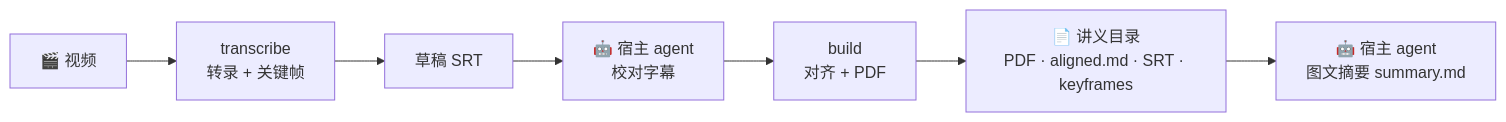
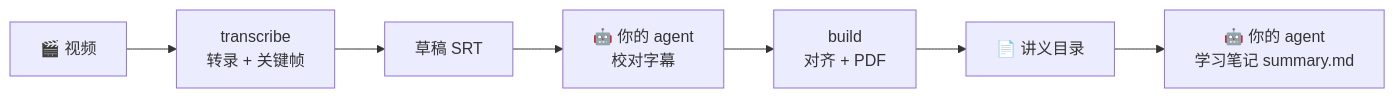
Before and after one commit to luolin1024/chalkpress-skill: the diagram in README.md, drawn with Mermaid. The commit also changed other lines of this file and 2 other files, not shown here.

Commit message:
docs: README 转向通用 agent + 考试人群定位——快速开始收敛为一句话给 agent；CLI 细节沉入 FAQ；推广文案同步简化

````diff
--- a/README.md
+++ b/README.md
@@ -98,9 +48,9 @@
 ```mermaid
 graph LR
     A[🎬 视频] --> T[transcribe<br>转录 + 关键帧]
     T --> D[草稿 SRT]
-    D --> P[🤖 宿主 agent<br>校对字幕]
+    D --> P[🤖 你的 agent<br>校对字幕]
     P --> B[build<br>对齐 + PDF]
-    B --> H[📄 讲义目录<br>PDF · aligned.md · SRT · keyframes]
-    H --> S[🤖 宿主 agent<br>图文摘要 summary.md]
+    B --> H[📄 讲义目录]
+    H --> S[🤖 你的 agent<br>学习笔记 summary.md]
 ```
````
